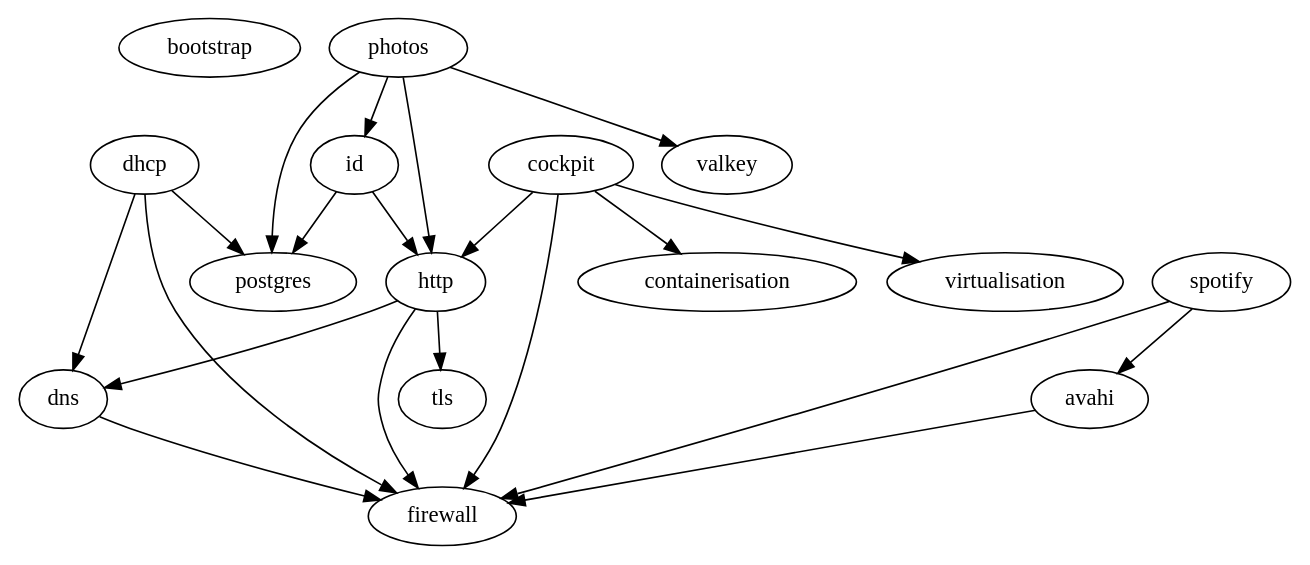
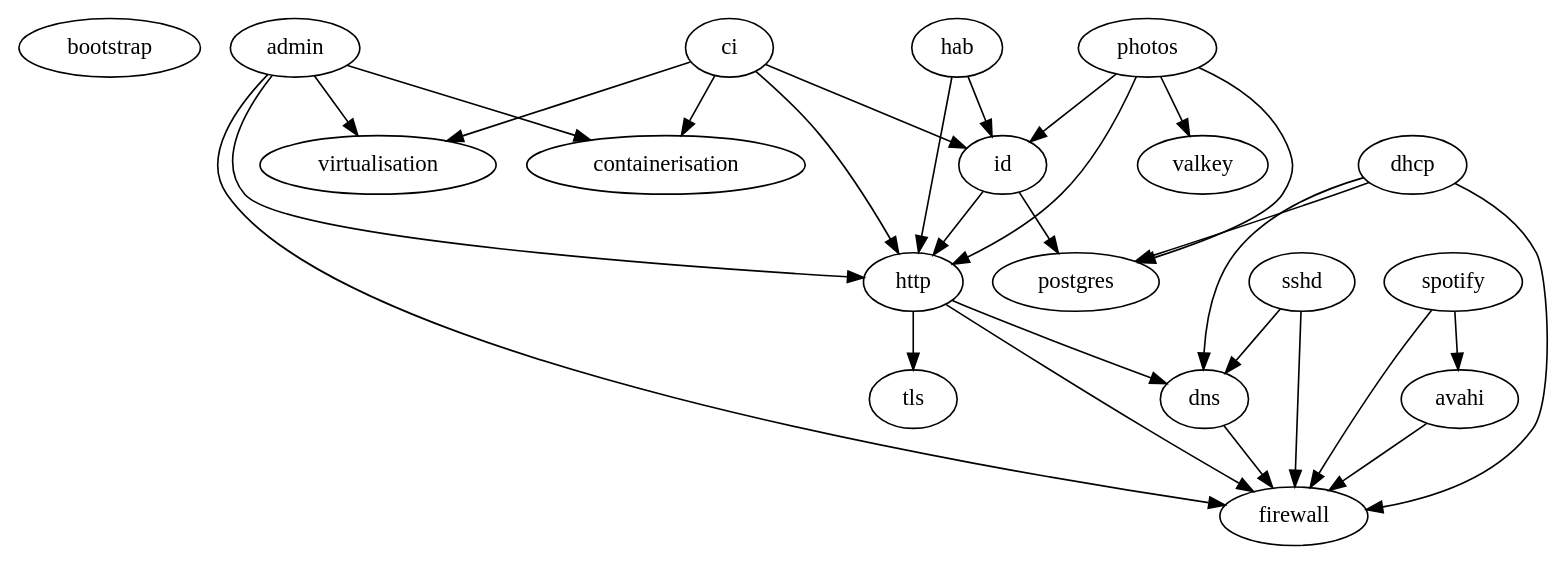
The diagram in depgraph.gv (mbooth101/homelab), drawn with Graphviz before and after one commit. The commit also changed 3 other files, not shown here.

```diff
--- a/depgraph.gv
+++ b/depgraph.gv
@@ -1,38 +1,49 @@
 // Role Dependency Graph
 digraph {
 	bootstrap
 	dns
 	dns -> firewall
 	firewall
 	dhcp
 	dhcp -> firewall
 	dhcp -> dns
 	dhcp -> postgres
 	postgres
-	cockpit
-	cockpit -> firewall
-	cockpit -> http
+	sshd
+	sshd -> firewall
+	sshd -> dns
+	spotify
+	spotify -> firewall
+	spotify -> avahi
+	avahi
+	avahi -> firewall
+	admin
+	admin -> firewall
+	admin -> http
 	http
 	http -> firewall
 	http -> dns
 	http -> tls
 	tls
-	cockpit -> containerisation
+	admin -> containerisation
 	containerisation
-	cockpit -> virtualisation
+	admin -> virtualisation
 	virtualisation
 	id
 	id -> http
 	id -> postgres
+	ci
+	ci -> http
+	ci -> id
+	ci -> containerisation
+	ci -> virtualisation
 	photos
 	photos -> http
 	photos -> postgres
 	photos -> id
 	photos -> valkey
 	valkey
-	spotify
-	spotify -> firewall
-	spotify -> avahi
-	avahi
-	avahi -> firewall
+	hab
+	hab -> http
+	hab -> id
 }
```
